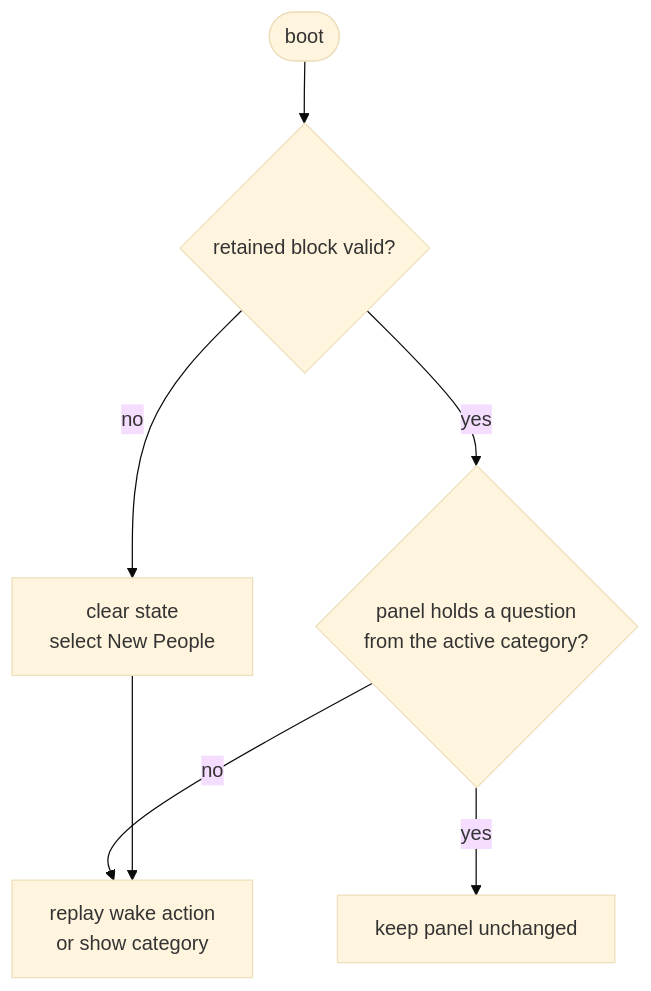
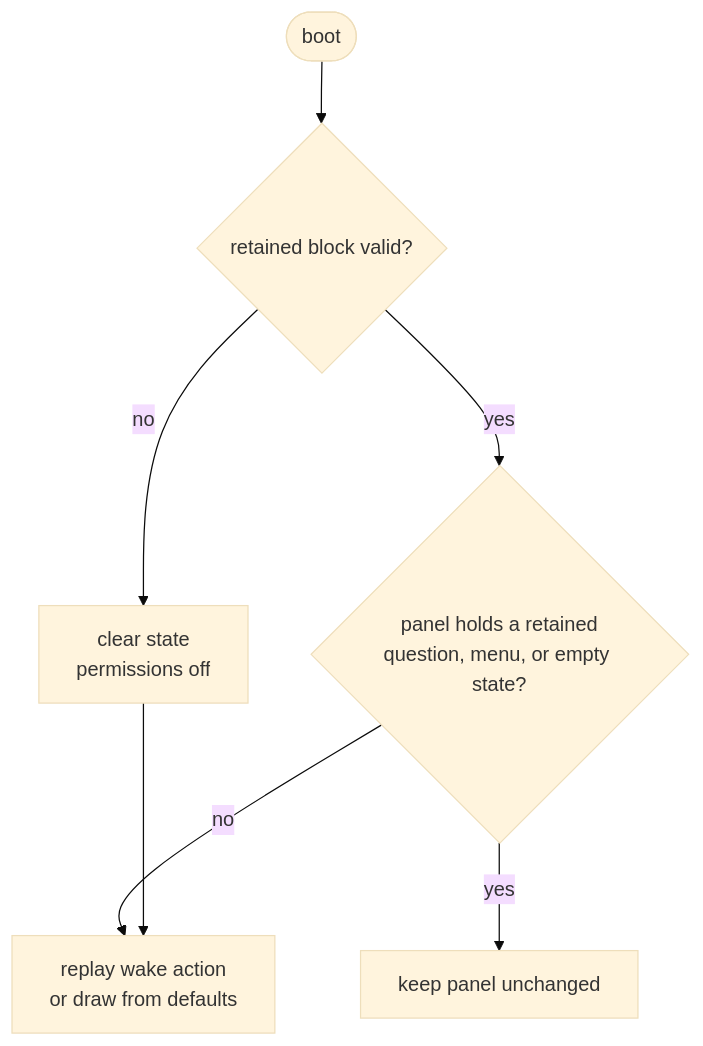
Before and after one commit to giacomomellone/cicala: the fourth of 8 diagrams in docs/firmware_architecture.md, drawn with Mermaid (base theme). The commit also changed other lines of this file and 102 other files, not shown here.

````diff
--- a/docs/firmware_architecture.md
+++ b/docs/firmware_architecture.md
@@ -240,9 +218,9 @@
 ```mermaid
 flowchart TB
     BOOT([boot]) --> CHECK{retained block valid?}
-    CHECK -- no --> COLD[clear state<br/>select New People]
-    CHECK -- yes --> MATCH{panel holds a question<br/>from the active category?}
+    CHECK -- no --> COLD[clear state<br/>permissions off]
+    CHECK -- yes --> MATCH{panel holds a retained<br/>question, menu, or empty state?}
     MATCH -- yes --> KEEP[keep panel unchanged]
-    MATCH -- no --> ACTION[replay wake action<br/>or show category]
+    MATCH -- no --> ACTION[replay wake action<br/>or draw from defaults]
     COLD --> ACTION
 ```
````
